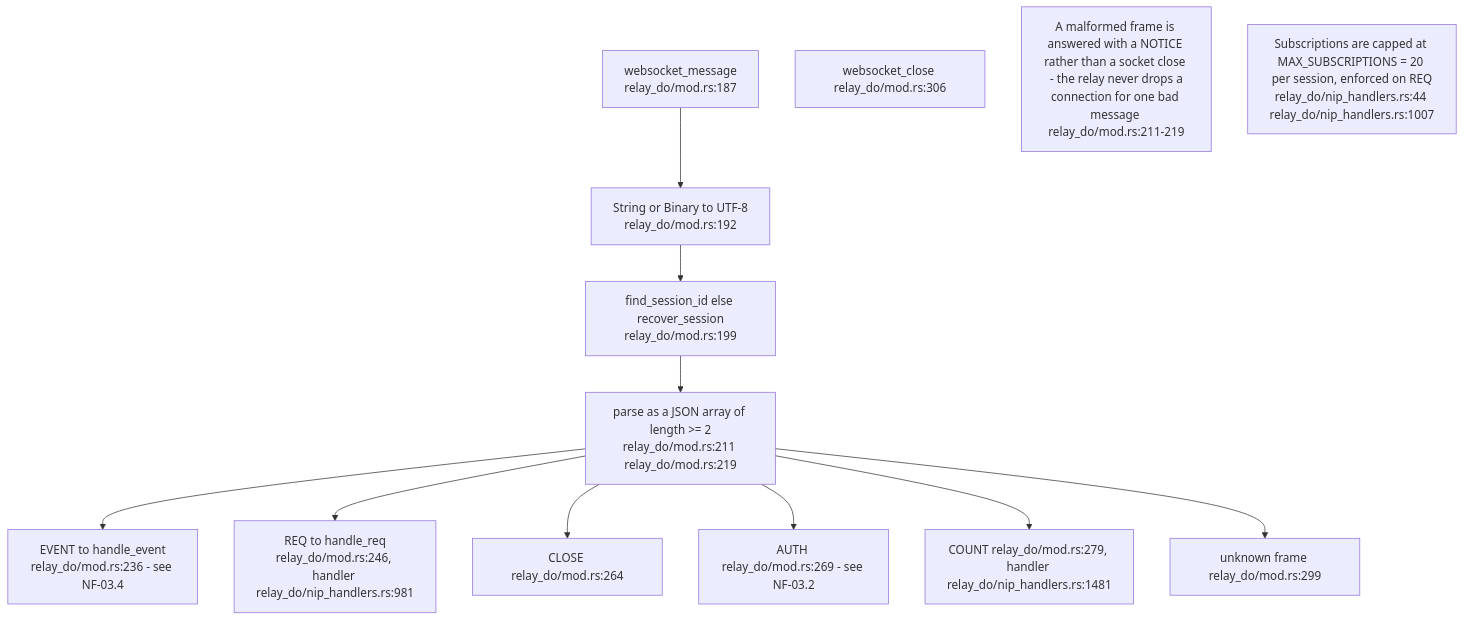
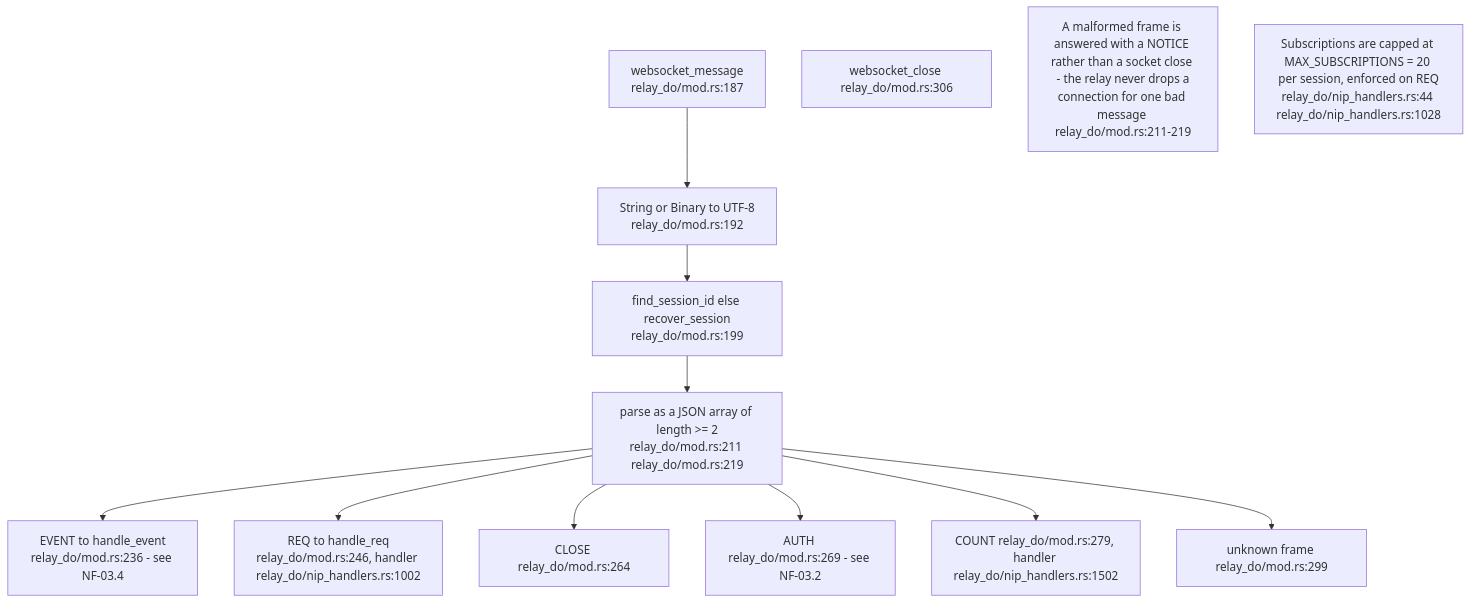
The third of 15 diagrams in docs/diagrams/nostr-rust-forum/11-relay-durable-object-internals.md (DreamLab-AI/VisionFlow), drawn with Mermaid before and after one commit. The commit also changed other lines of this file and 51 other files, not shown here.

First line of the commit message:
docs(diagrams): agentbox AB-01..13 re-attested anchor by anchor (980 anchors, 22 defects); checkpoint against an out-of-mesh writer

````diff
--- a/docs/diagrams/nostr-rust-forum/11-relay-durable-object-internals.md
+++ b/docs/diagrams/nostr-rust-forum/11-relay-durable-object-internals.md
@@ -93,20 +93,20 @@
 ```mermaid
 flowchart TB
     WM["websocket_message<br/>relay_do/mod.rs:187"]
     STR["String or Binary to UTF-8<br/>relay_do/mod.rs:192"]
     SESS["find_session_id else recover_session<br/>relay_do/mod.rs:199"]
     JSON["parse as a JSON array of length >= 2<br/>relay_do/mod.rs:211 relay_do/mod.rs:219"]
     EV["EVENT to handle_event<br/>relay_do/mod.rs:236 - see NF-03.4"]
-    RQ["REQ to handle_req<br/>relay_do/mod.rs:246, handler relay_do/nip_handlers.rs:981"]
+    RQ["REQ to handle_req<br/>relay_do/mod.rs:246, handler relay_do/nip_handlers.rs:1002"]
     CL["CLOSE relay_do/mod.rs:264"]
     AU["AUTH relay_do/mod.rs:269 - see NF-03.2"]
-    CO["COUNT relay_do/mod.rs:279, handler relay_do/nip_handlers.rs:1481"]
+    CO["COUNT relay_do/mod.rs:279, handler relay_do/nip_handlers.rs:1502"]
     UN["unknown frame relay_do/mod.rs:299"]
     WC["websocket_close relay_do/mod.rs:306"]
 
     WM --> STR --> SESS --> JSON
     JSON --> EV & RQ & CL & AU & CO & UN
 
     N1["A malformed frame is answered with a NOTICE rather than a socket close - the relay never drops a<br/>connection for one bad message relay_do/mod.rs:211-219"]
-    N2["Subscriptions are capped at MAX_SUBSCRIPTIONS = 20 per session, enforced on REQ<br/>relay_do/nip_handlers.rs:44 relay_do/nip_handlers.rs:1007"]
+    N2["Subscriptions are capped at MAX_SUBSCRIPTIONS = 20 per session, enforced on REQ<br/>relay_do/nip_handlers.rs:44 relay_do/nip_handlers.rs:1028"]
 ```
````
